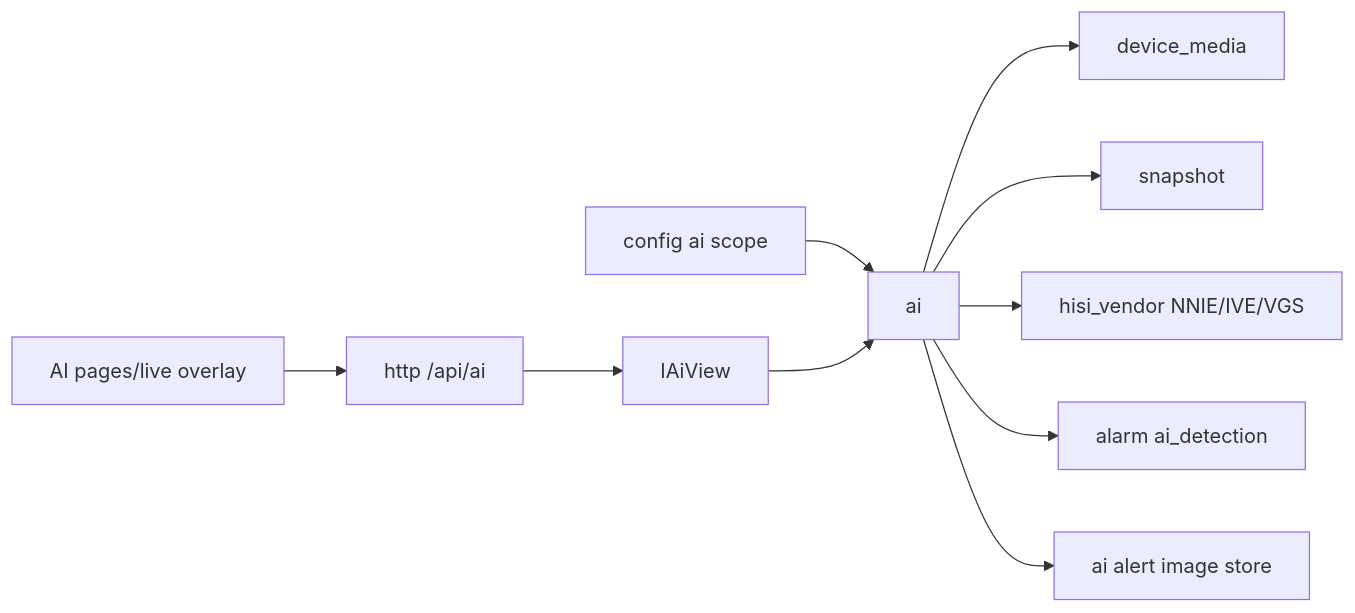
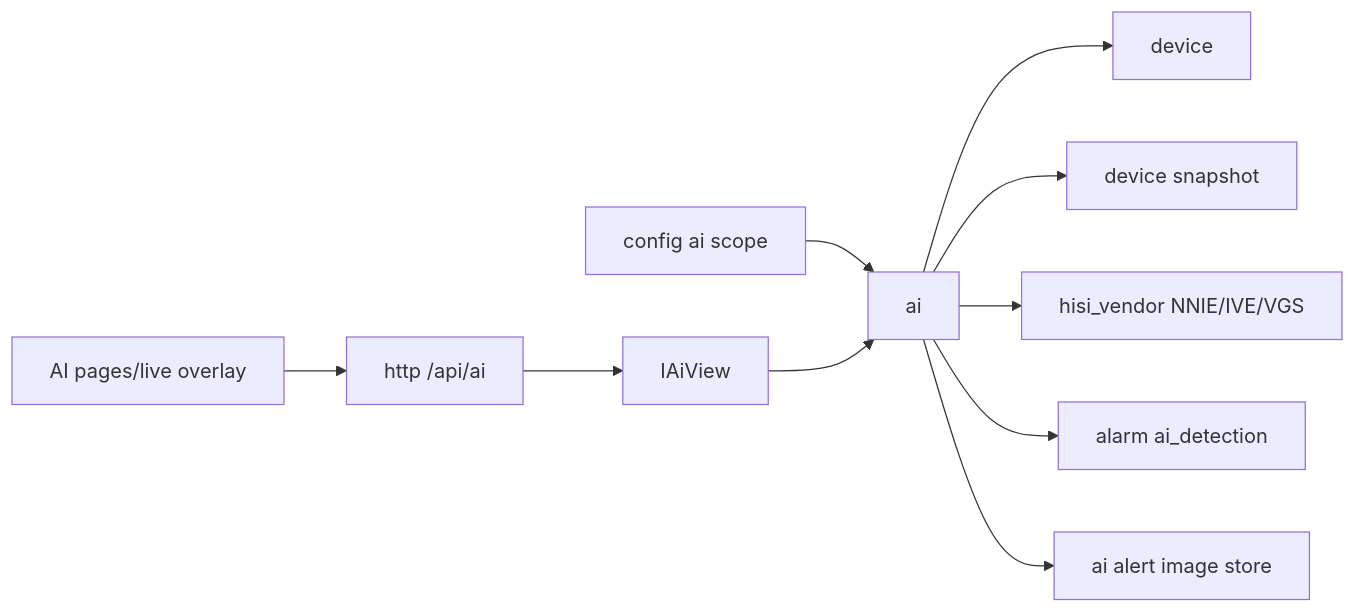
The diagram in docs/libs/ai.md (373699756/live_stream), drawn with Mermaid before and after one commit. The commit also changed other lines of this file and 108 other files, not shown here.

Commit message:
merga snapshot region to device

````diff
--- a/docs/libs/ai.md
+++ b/docs/libs/ai.md
@@ -14,12 +14,12 @@
 ```mermaid
 flowchart LR
   Config[config ai scope] --> AI[ai]
-  AI --> Media[device_media]
-  AI --> Snapshot[snapshot]
+  AI --> Media[device]
+  AI --> Snapshot[device snapshot]
   AI --> SDK[hisi_vendor NNIE/IVE/VGS]
   AI --> Alarm[alarm ai_detection]
   AI --> Alerts[ai alert image store]
   HTTP[http /api/ai] --> AIView[IAiView]
   AIView --> AI
   Web[AI pages/live overlay] --> HTTP
 ```
````
